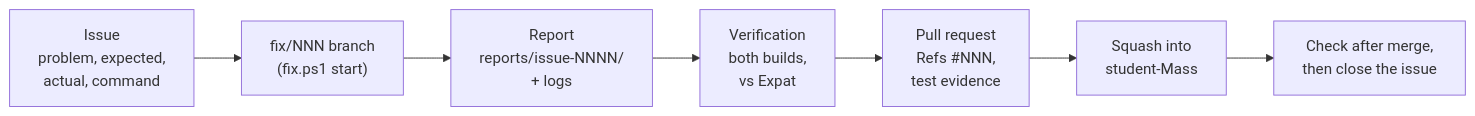
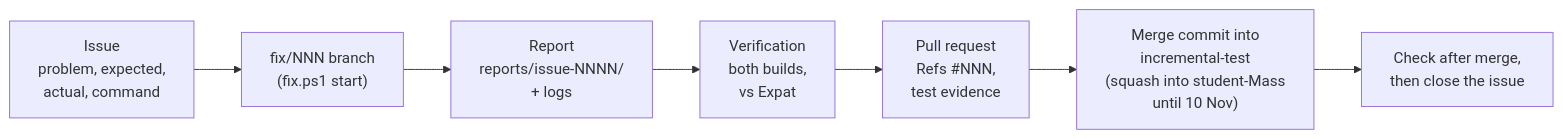
Before and after one commit to andersoxie/xpact: the fourth of 4 diagrams in student/report/ActualReport.md, drawn with Mermaid. The commit also changed 12 other files, not shown here.

````diff
--- a/student/report/ActualReport.md
+++ b/student/report/ActualReport.md
@@ -628,9 +628,9 @@
 ```mermaid
 flowchart LR
     I["Issue<br/>problem, expected,<br/>actual, command"] --> B["fix/NNN branch<br/>(fix.ps1 start)"]
     B --> R["Report<br/>reports/issue-NNNN/<br/>+ logs"]
     R --> V["Verification<br/>both builds,<br/>vs Expat"]
     V --> P["Pull request<br/>Refs #NNN,<br/>test evidence"]
-    P --> M["Squash into<br/>student-Mass"]
+    P --> M["Merge commit into<br/>incremental-test<br/>(squash into student-Mass<br/>until 10 Nov)"]
     M --> C["Check after merge,<br/>then close the issue"]
 ```
````
